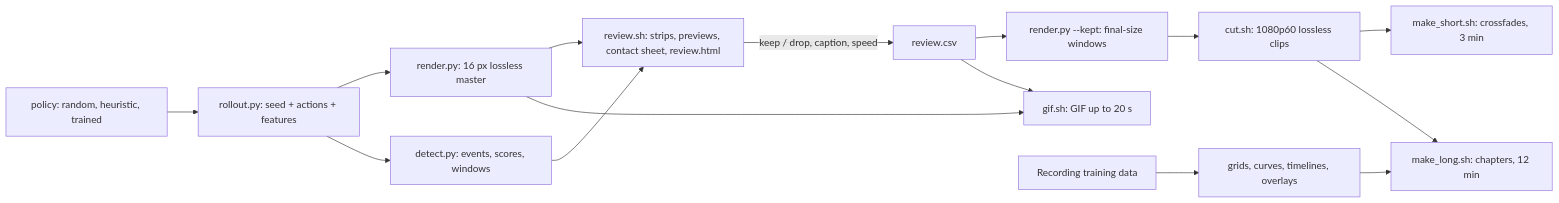
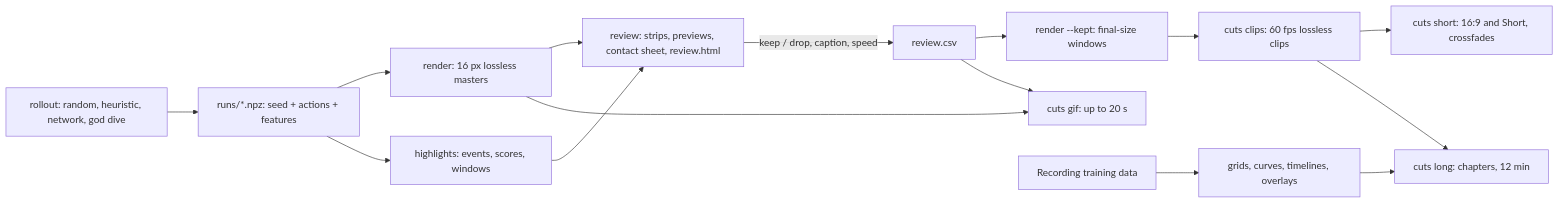
The diagram in knowledge/visualisation/Visualisation.md (Pawlo77/rl-craftmax), drawn with Mermaid before and after one commit. The commit also changed other lines of this file and 55 other files, not shown here.

````diff
--- a/knowledge/visualisation/Visualisation.md
+++ b/knowledge/visualisation/Visualisation.md
@@ -25,17 +36,17 @@
 ```mermaid
 flowchart LR
-  P[policy: random, heuristic, trained] --> R[rollout.py: seed + actions + features]
-  R --> M[render.py: 16 px lossless master]
-  R --> D[detect.py: events, scores, windows]
-  M --> V[review.sh: strips, previews, contact sheet, review.html]
+  P[rollout: random, heuristic, network, god dive] --> R[runs/*.npz: seed + actions + features]
+  R --> M[render: 16 px lossless masters]
+  R --> D[highlights: events, scores, windows]
+  M --> V[review: strips, previews, contact sheet, review.html]
   D --> V
   V -->|keep / drop, caption, speed| C[review.csv]
-  C --> H[render.py --kept: final-size windows]
-  H --> X[cut.sh: 1080p60 lossless clips]
-  M --> G[gif.sh: GIF up to 20 s]
+  C --> H[render --kept: final-size windows]
+  H --> X[cuts clips: 60 fps lossless clips]
+  M --> G[cuts gif: up to 20 s]
   C --> G
-  X --> S[make_short.sh: crossfades, 3 min]
-  X --> L[make_long.sh: chapters, 12 min]
+  X --> S[cuts short: 16:9 and Short, crossfades]
+  X --> L[cuts long: chapters, 12 min]
   T[Recording training data] --> K[grids, curves, timelines, overlays]
   K --> L
 ```
````
